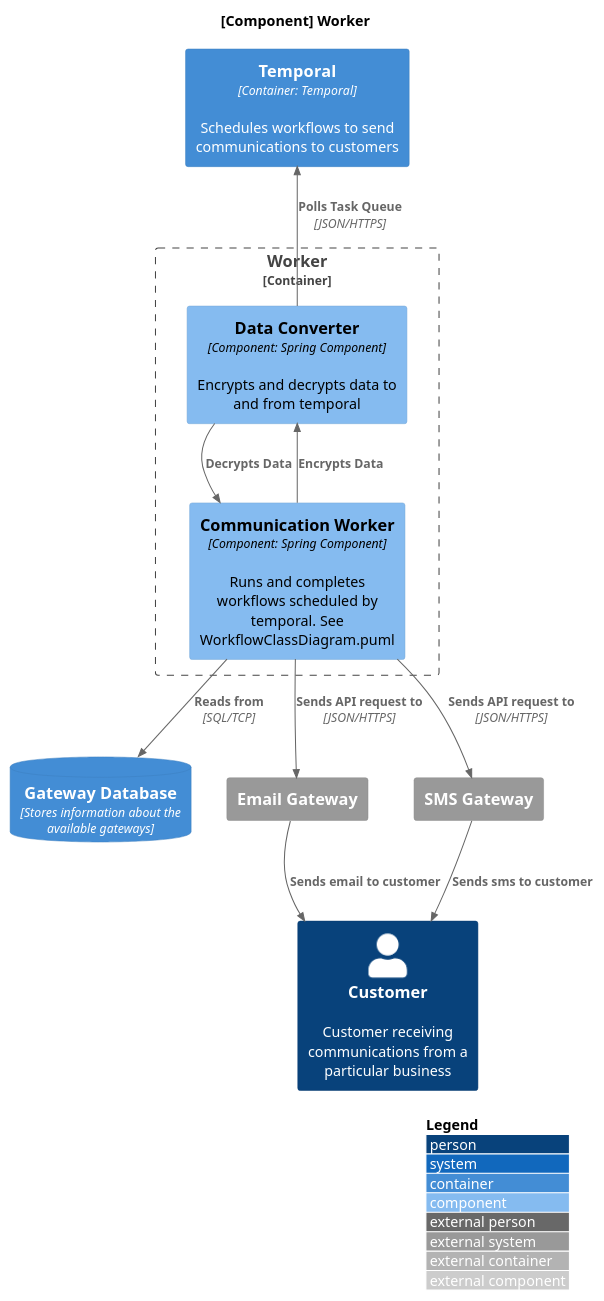
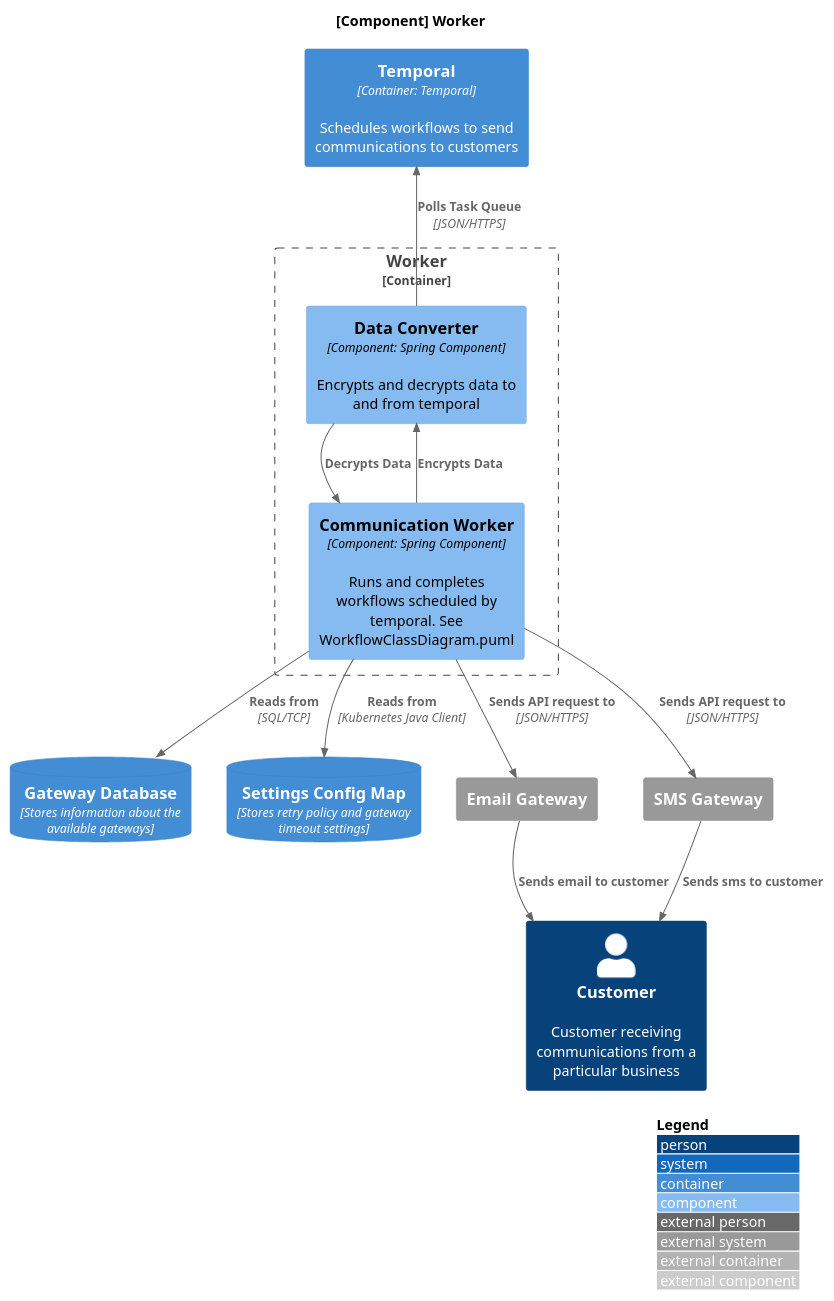
Before and after one commit to CameronWard301/communication_scheduler: the diagram in Designs/System Context/Components/WorkerComponent.puml, drawn with PlantUML. The commit also changed 184 other files, not shown here.

```diff
--- a/Designs/System Context/Components/WorkerComponent.puml
+++ b/Designs/System Context/Components/WorkerComponent.puml
@@ -1,35 +1,37 @@
 @startuml WorkerComponent
 !include https://raw.githubusercontent.com/plantuml-stdlib/C4-PlantUML/master/C4_Container.puml
 !include https://raw.githubusercontent.com/plantuml-stdlib/C4-PlantUML/master/C4_Component.puml
 
 LAYOUT_WITH_LEGEND()
 
 title [Component] Worker
 
 Person(customer, "Customer", "Customer receiving communications from a particular business")
 
 
 ContainerDb(gatewayDB, "Gateway Database", "Stores information about the available gateways")
+ContainerDb(configMap, "Settings Config Map", "Stores retry policy and gateway timeout settings")
 Container(temporal, "Temporal", "Container: Temporal", "Schedules workflows to send communications to customers")
 
 
 System_Ext(email_gateway, "Email Gateway")
 System_Ext(sms_gateway, "SMS Gateway")
 
 Rel(email_gateway, customer, "Sends email to customer")
 Rel(sms_gateway, customer, "Sends sms to customer")
 
 Container_Boundary(component, "Worker") {
     Component(communicationWorker, "Communication Worker", "Component: Spring Component", "Runs and completes workflows scheduled by temporal. See WorkflowClassDiagram.puml")
     Component(dataConverter, "Data Converter", "Component: Spring Component", "Encrypts and decrypts data to and from temporal")
 }
 
 Rel_Up(dataConverter, temporal, "Polls Task Queue", "JSON/HTTPS")
 Rel(dataConverter, communicationWorker, "Decrypts Data")
 Rel_Up(communicationWorker, dataConverter, "Encrypts Data")
 
 Rel(communicationWorker, gatewayDB, "Reads from", "SQL/TCP")
+Rel(communicationWorker, configMap, "Reads from", "Kubernetes Java Client")
 Rel(communicationWorker, email_gateway, "Sends API request to", "JSON/HTTPS")
 Rel(communicationWorker, sms_gateway, "Sends API request to", "JSON/HTTPS")
 
 @enduml
```
